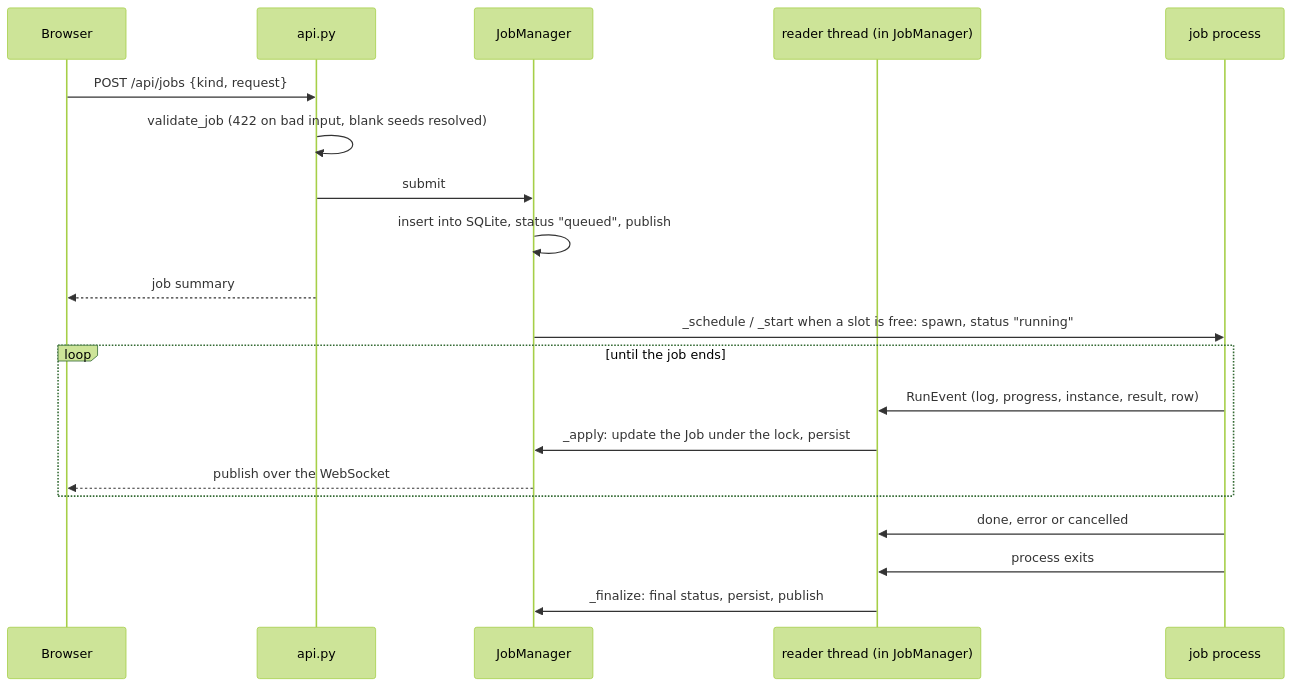
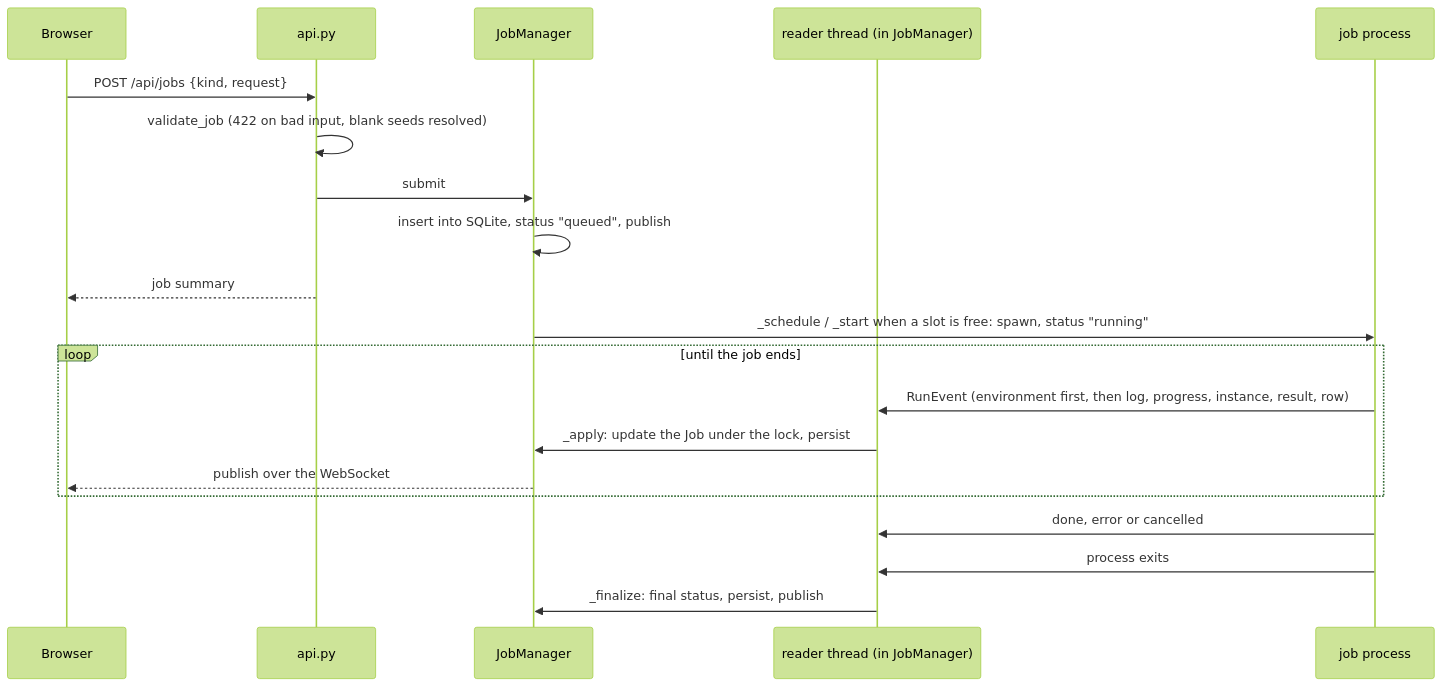
The second of 8 diagrams in docs/guide/architecture.md (Aziyck/SATsolver), drawn with Mermaid (forest theme) before and after one commit. The commit also changed other lines of this file and 17 other files, not shown here.

````diff
--- a/docs/guide/architecture.md
+++ b/docs/guide/architecture.md
@@ -98,23 +98,23 @@
 ```mermaid
 sequenceDiagram
     participant UI as Browser
     participant API as api.py
     participant M as JobManager
     participant R as reader thread (in JobManager)
     participant W as job process
 
     UI->>API: POST /api/jobs {kind, request}
     API->>API: validate_job (422 on bad input, blank seeds resolved)
     API->>M: submit
     M->>M: insert into SQLite, status "queued", publish
     API-->>UI: job summary
     M->>W: _schedule / _start when a slot is free: spawn, status "running"
     loop until the job ends
-        W->>R: RunEvent (log, progress, instance, result, row)
+        W->>R: RunEvent (environment first, then log, progress, instance, result, row)
         R->>M: _apply: update the Job under the lock, persist
         M-->>UI: publish over the WebSocket
     end
     W->>R: done, error or cancelled
     W->>R: process exits
     R->>M: _finalize: final status, persist, publish
 ```
````
